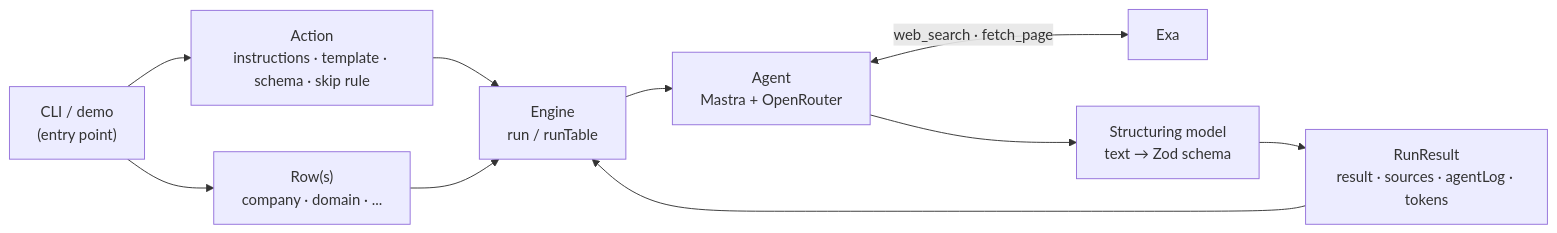
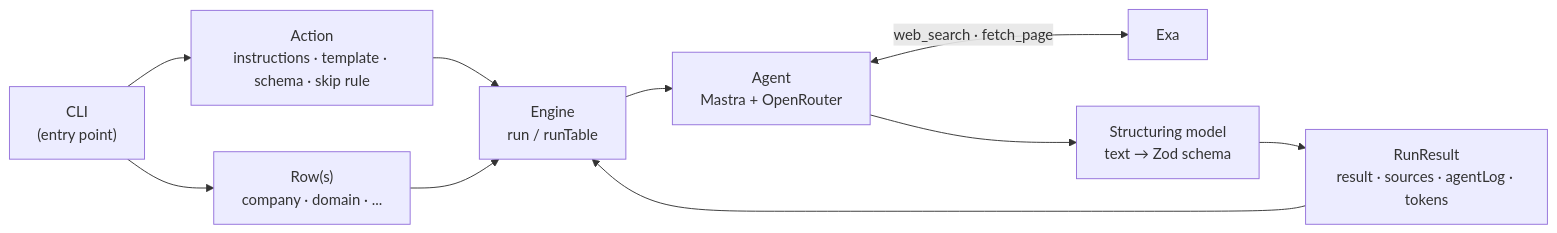
Before and after one commit to simonbalfe/openclaygent: the first of 3 diagrams in docs/architecture.md, drawn with Mermaid. The commit also changed other lines of this file and 9 other files, not shown here.

First line of the commit message:
Remove hardcoded demo; CLI is the only entry; add bun test suite

````diff
--- a/docs/architecture.md
+++ b/docs/architecture.md
@@ -11,12 +11,12 @@
 ```mermaid
 flowchart LR
-  CLI["CLI / demo<br/>(entry point)"] --> ACT["Action<br/>instructions · template · schema · skip rule"]
+  CLI["CLI<br/>(entry point)"] --> ACT["Action<br/>instructions · template · schema · skip rule"]
   CLI --> ROWS["Row(s)<br/>company · domain · ..."]
   ACT --> ENG
   ROWS --> ENG
   ENG["Engine<br/>run / runTable"] --> AG["Agent<br/>Mastra + OpenRouter"]
   AG <-->|"web_search · fetch_page"| EXA["Exa"]
   AG --> STR["Structuring model<br/>text → Zod schema"]
   STR --> RR["RunResult<br/>result · sources · agentLog · tokens"]
   RR --> ENG
 ```
````
